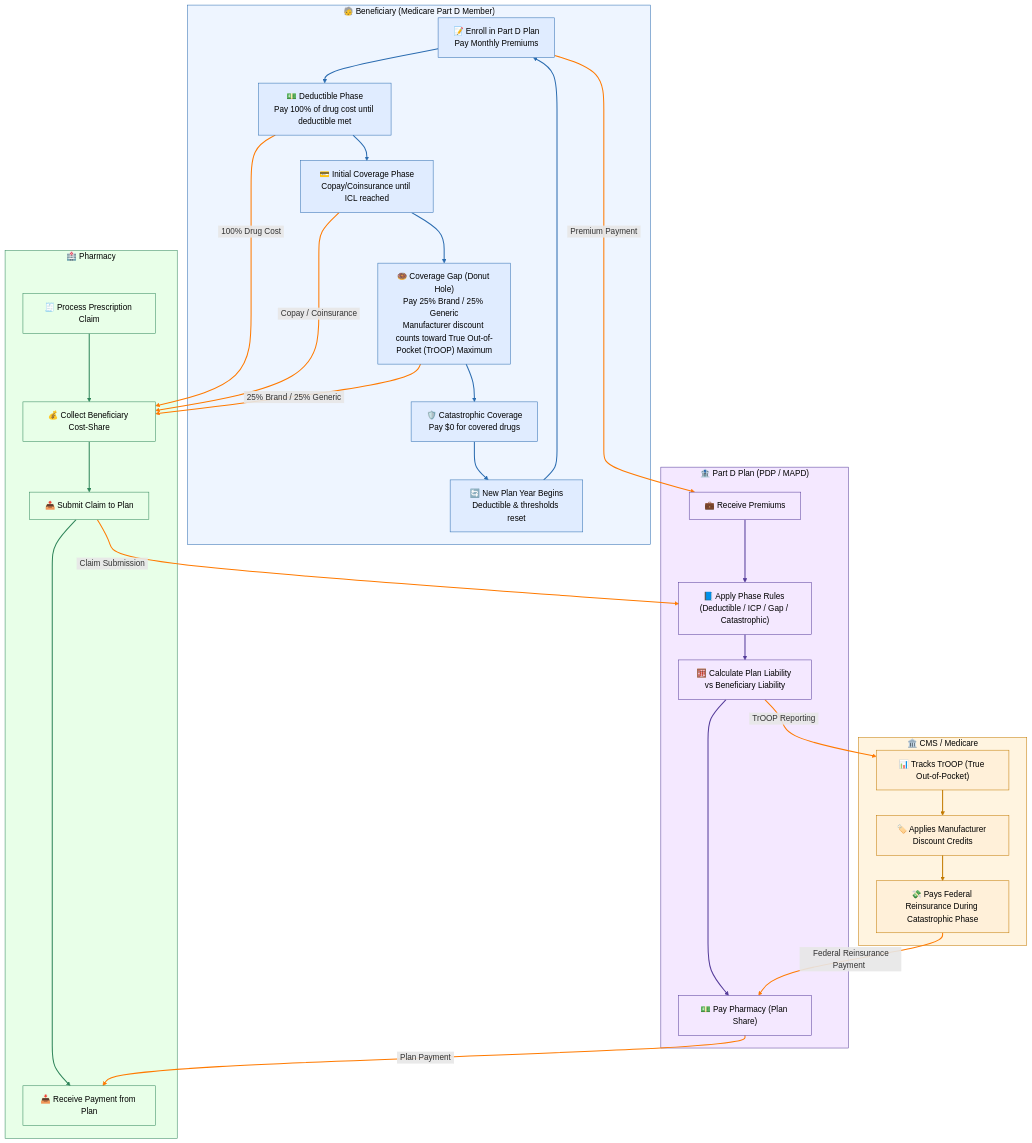
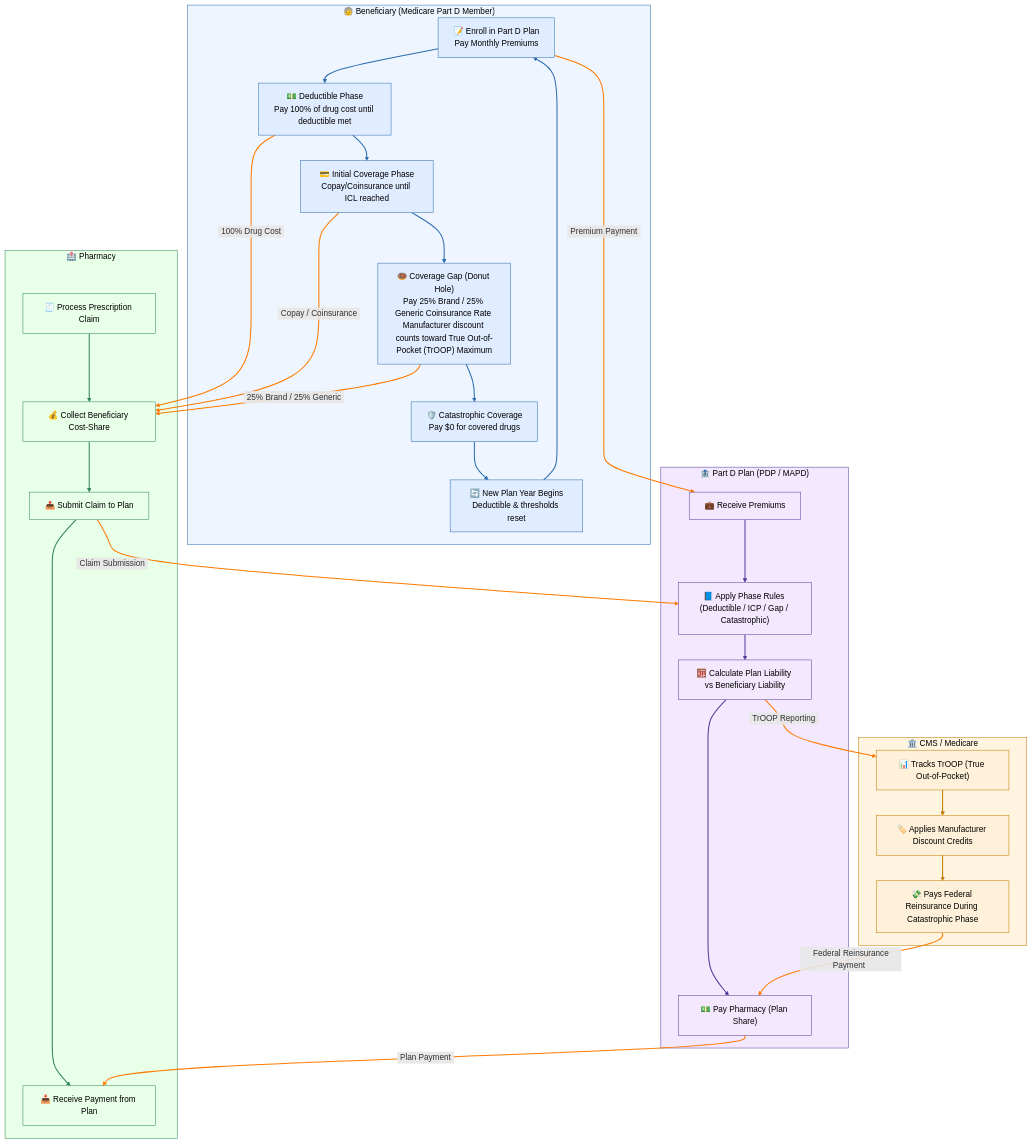
One commit to ctnava/rxtechnotes changed the diagram in ref/public_healthcare.md. Above: the diagram before and after it, drawn with Mermaid.

Commit message:
coinsurance

```diff
--- a/ref/public_healthcare.md
+++ b/ref/public_healthcare.md
@@ -43,7 +43,7 @@
         A["📝 Enroll in Part D Plan</br>Pay Monthly Premiums"]
         DED["💵 Deductible Phase</br>Pay 100% of drug cost until deductible met"]
         ICP["💳 Initial Coverage Phase</br>Copay/Coinsurance until ICL reached"]
-        GAP["🍩 Coverage Gap (Donut Hole)</br>Pay 25% Brand / 25% Generic</br>Manufacturer discount counts toward True Out-of-Pocket (TrOOP) Maximum"]
+        GAP["🍩 Coverage Gap (Donut Hole)</br>Pay 25% Brand / 25% Generic Coinsurance Rate </br>Manufacturer discount counts toward True Out-of-Pocket (TrOOP) Maximum"]
         CATA["🛡️ Catastrophic Coverage</br>Pay $0 for covered drugs"]
         RESET["🔄 New Plan Year Begins</br>Deductible & thresholds reset"]
     end
```
